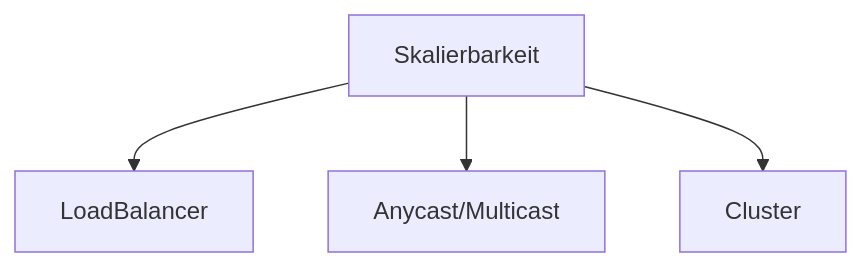
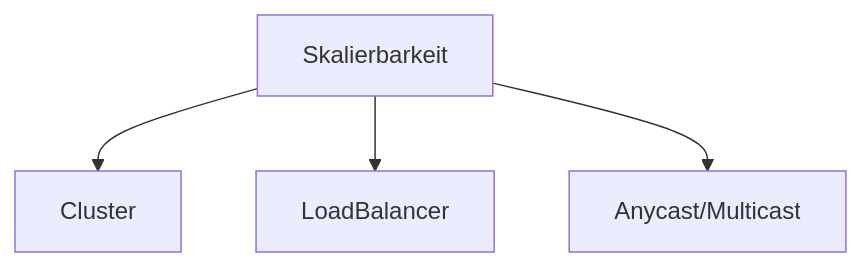
The diagram in src/skalierbarkeit.md (johannesloetzsch/LF10b), drawn with Mermaid before and after one commit. The commit also changed other lines of this file and 3 other files, not shown here.

````diff
--- a/src/skalierbarkeit.md
+++ b/src/skalierbarkeit.md
@@ -7,6 +26,6 @@
 ```mermaid
 flowchart TB
+  Skalierbarkeit --> Cluster
   Skalierbarkeit --> LoadBalancer
   Skalierbarkeit --> Anycast/Multicast
-  Skalierbarkeit --> Cluster
 ```
````
